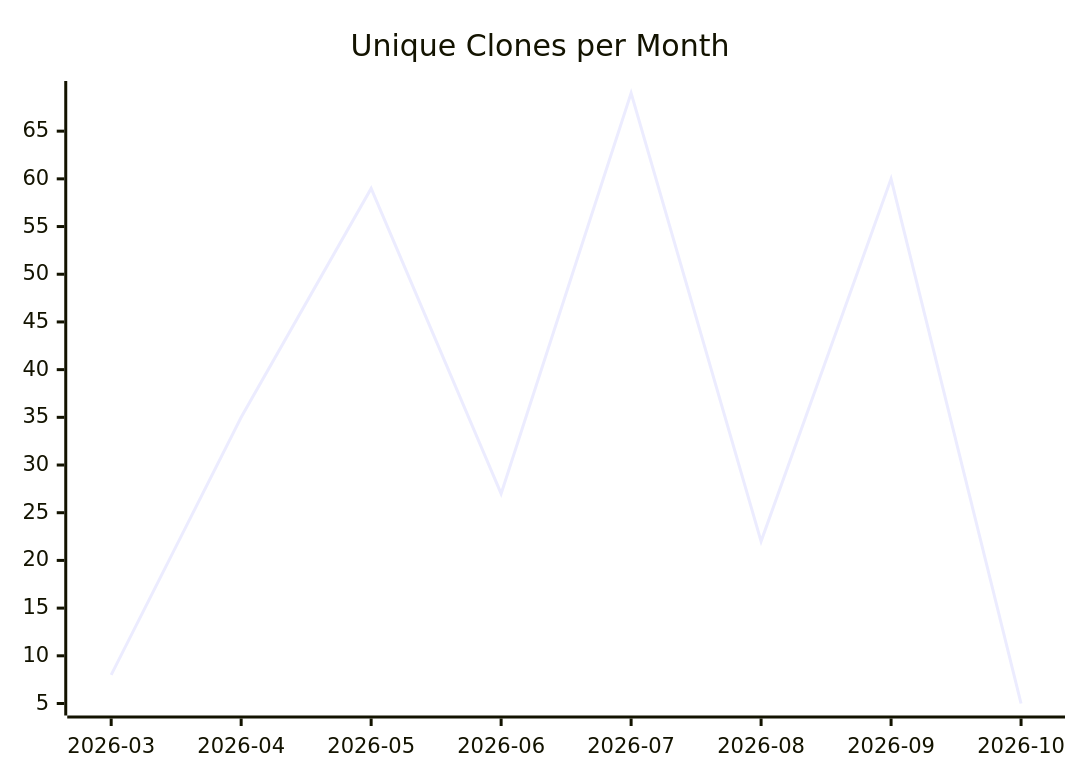
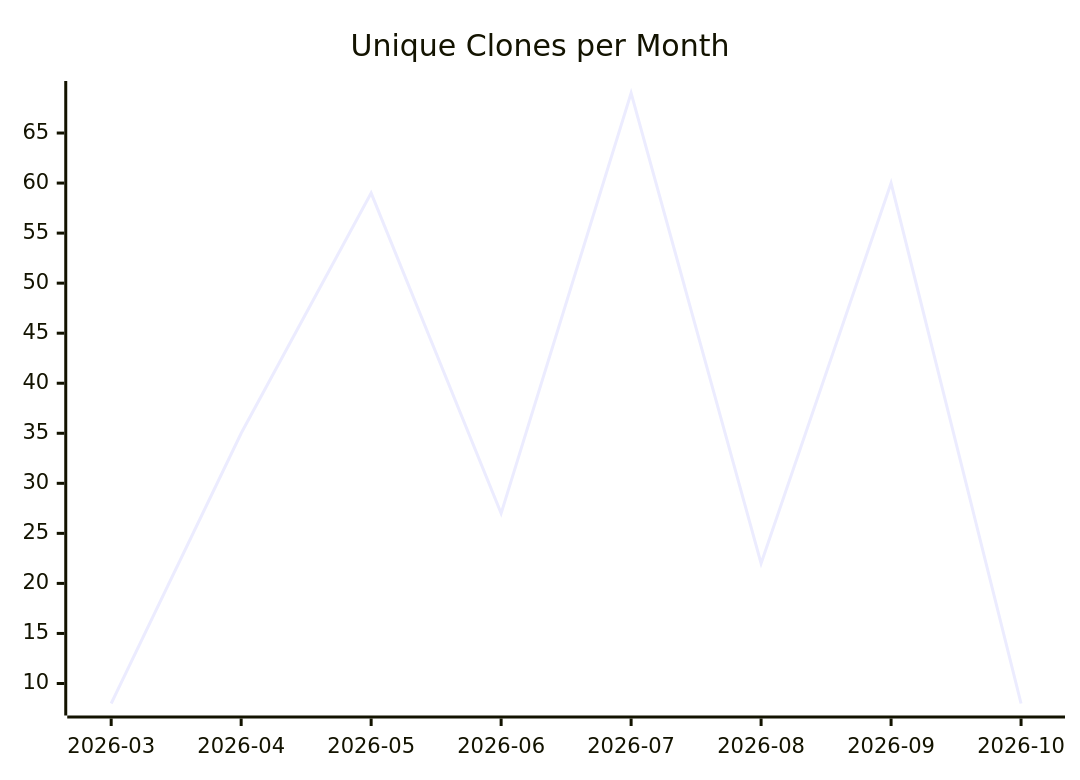
The third of 3 diagrams in karlmdavis/fhir-benchmarks/README.md (justdavis-family/github-analytics-data), drawn with Mermaid before and after one commit. The commit also changed other lines of this file and 203 other files, not shown here.

````diff
--- a/karlmdavis/fhir-benchmarks/README.md
+++ b/karlmdavis/fhir-benchmarks/README.md
@@ -19,6 +19,6 @@
 ```mermaid
 xychart-beta
   title "Unique Clones per Month"
   x-axis ["2026-03", "2026-04", "2026-05", "2026-06", "2026-07", "2026-08", "2026-09", "2026-10"]
-  line [8, 35, 59, 27, 69, 22, 60, 5]
+  line [8, 35, 59, 27, 69, 22, 60, 8]
 ```
````
